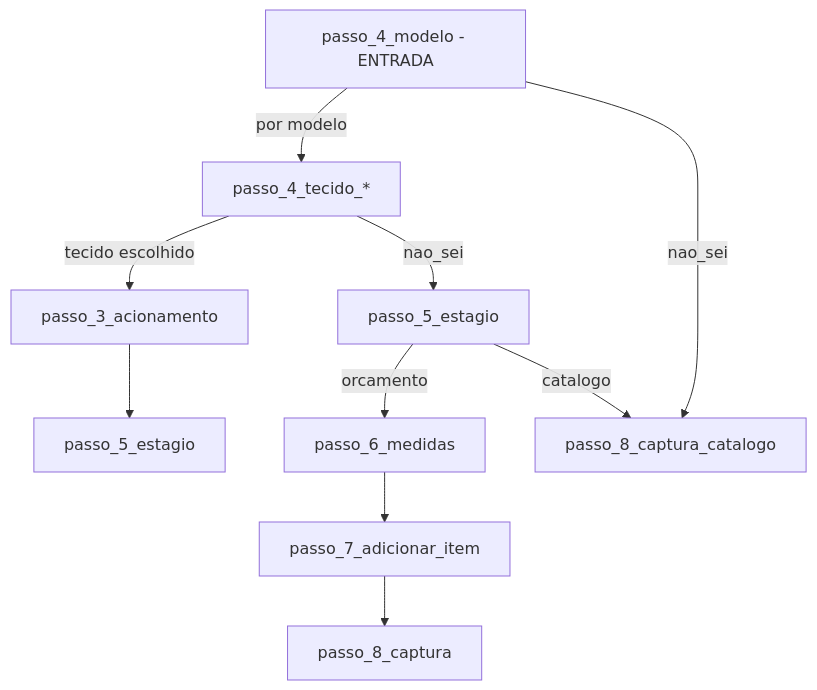
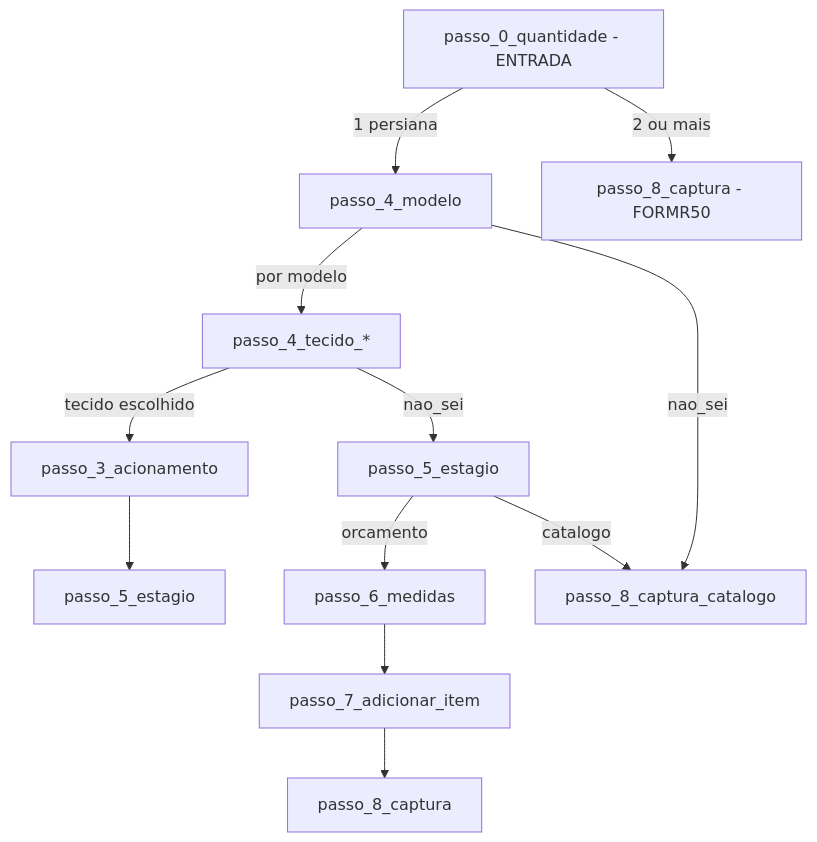
One commit to ryanp12digital/quiz.persianas changed the diagram in docs/quiz-v2-fluxo.md. Above: the diagram before and after it, drawn with Mermaid. The commit also changed other lines of this file and 4 other files, not shown here.

First line of the commit message:
feat: Introduce new quiz flow for multiple blinds option

````diff
--- a/docs/quiz-v2-fluxo.md
+++ b/docs/quiz-v2-fluxo.md
@@ -76,12 +80,14 @@
 ```mermaid
 flowchart TD
-    B[passo_4_modelo - ENTRADA] -->|por modelo| D[passo_4_tecido_*]
+    A[passo_0_quantidade - ENTRADA] -->|1 persiana| B[passo_4_modelo]
+    A -->|2 ou mais| CAP50[passo_8_captura - FORMR50]
+    B -->|por modelo| D[passo_4_tecido_*]
     B -->|nao_sei| E[passo_8_captura_catalogo]
     D -->|tecido escolhido| F[passo_3_acionamento]
     D -->|nao_sei| G[passo_5_estagio]
     F --> H[passo_5_estagio]
     G -->|orcamento| I[passo_6_medidas]
     G -->|catalogo| E
     I --> K[passo_7_adicionar_item]
-    K --> C[passo_8_captura]
+    K --> CAP[passo_8_captura]
 ```
````
